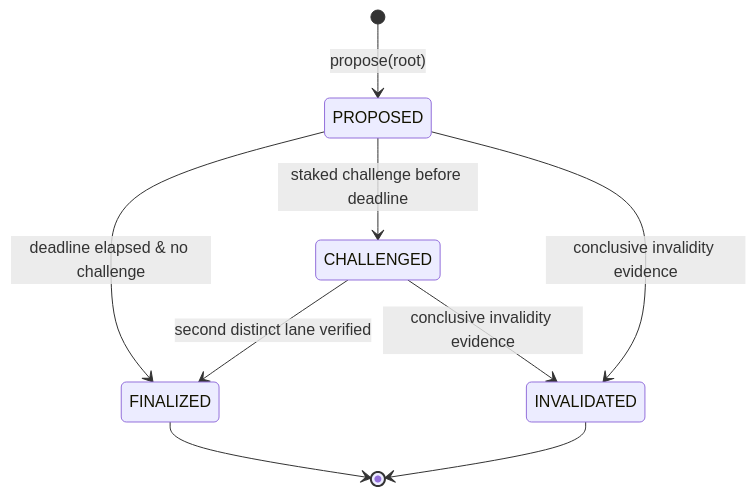
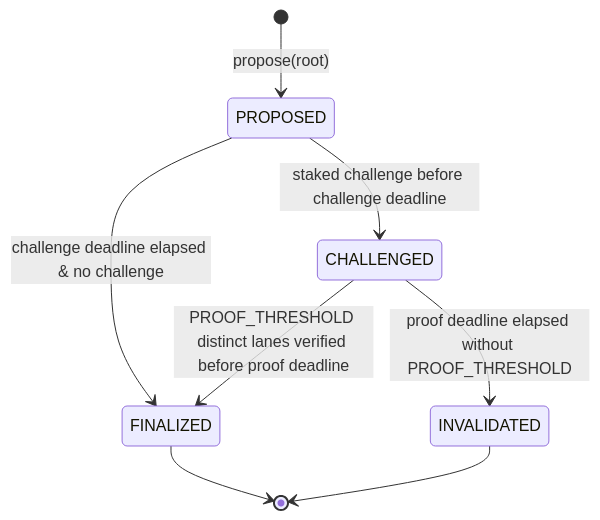
One commit to worldcoin/world-chain changed the diagram in wips/wip-1006.md. Above: the diagram before and after it, drawn with Mermaid. The commit also changed other lines of this file, not shown here.

````diff
--- a/wips/wip-1006.md
+++ b/wips/wip-1006.md
@@ -128,11 +129,10 @@
 ```mermaid
 stateDiagram-v2
     [*] --> PROPOSED: propose(root)
-    PROPOSED --> FINALIZED: deadline elapsed & no challenge
-    PROPOSED --> CHALLENGED: staked challenge before deadline
-    CHALLENGED --> FINALIZED: second distinct lane verified
-    PROPOSED --> INVALIDATED: conclusive invalidity evidence
-    CHALLENGED --> INVALIDATED: conclusive invalidity evidence
+    PROPOSED --> FINALIZED: challenge deadline elapsed & no challenge
+    PROPOSED --> CHALLENGED: staked challenge before challenge deadline
+    CHALLENGED --> FINALIZED: PROOF_THRESHOLD distinct lanes verified before proof deadline
+    CHALLENGED --> INVALIDATED: proof deadline elapsed without PROOF_THRESHOLD
     FINALIZED --> [*]
     INVALIDATED --> [*]
 ```
````
